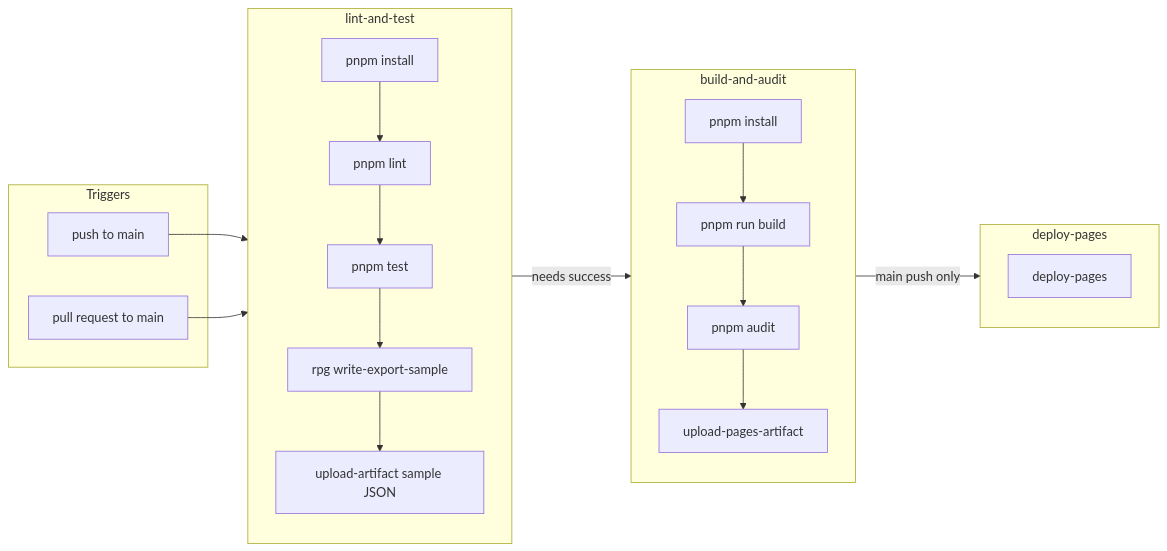
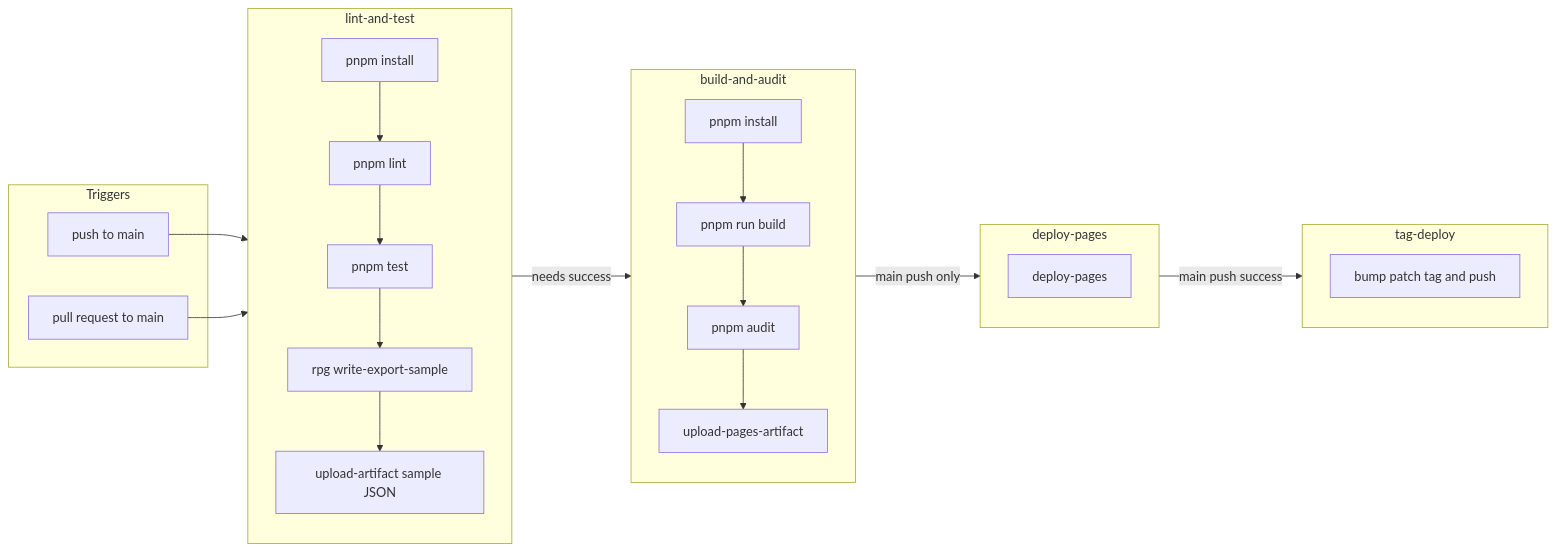
Before and after one commit to VRossi18/RickAndMortyPortal: the diagram in README.md, drawn with Mermaid. The commit also changed other lines of this file, not shown here.

````diff
--- a/README.md
+++ b/README.md
@@ -25,29 +26,33 @@
 ```mermaid
 flowchart LR
    subgraph trigger [Triggers]
       push[push to main]
       pr[pull request to main]
    end
    subgraph job1 [lint-and-test]
       install1[pnpm install]
       lint[pnpm lint]
       test[pnpm test]
       rpgSample[rpg write-export-sample]
       artifact[upload-artifact sample JSON]
       install1 --> lint --> test --> rpgSample --> artifact
    end
    subgraph job2 [build-and-audit]
       install2[pnpm install]
       build[pnpm run build]
       audit[pnpm audit]
       upload[upload-pages-artifact]
       install2 --> build --> audit --> upload
    end
    subgraph job3 [deploy-pages]
       deploy[deploy-pages]
    end
+   subgraph job4 [tag-deploy]
+      tagBump[bump patch tag and push]
+   end
    push --> job1
    pr --> job1
    job1 -->|needs success| job2
    job2 -->|main push only| job3
+   job3 -->|main push success| job4
 ```
````
